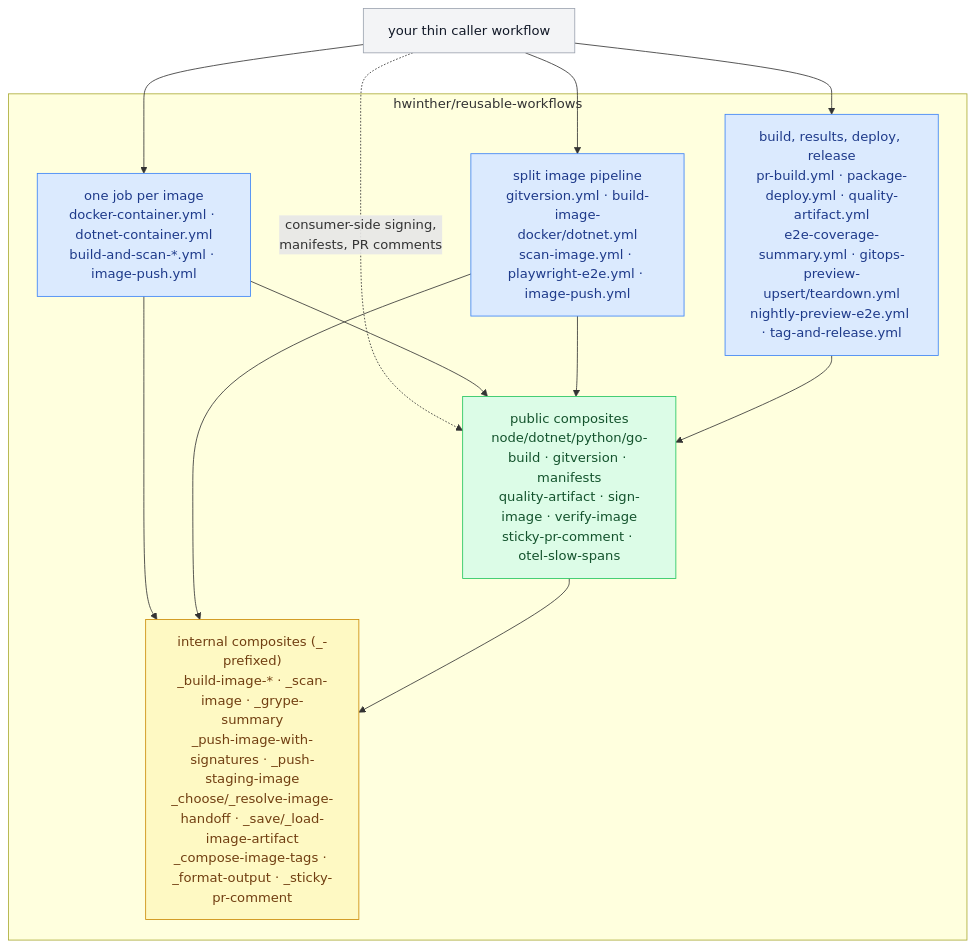
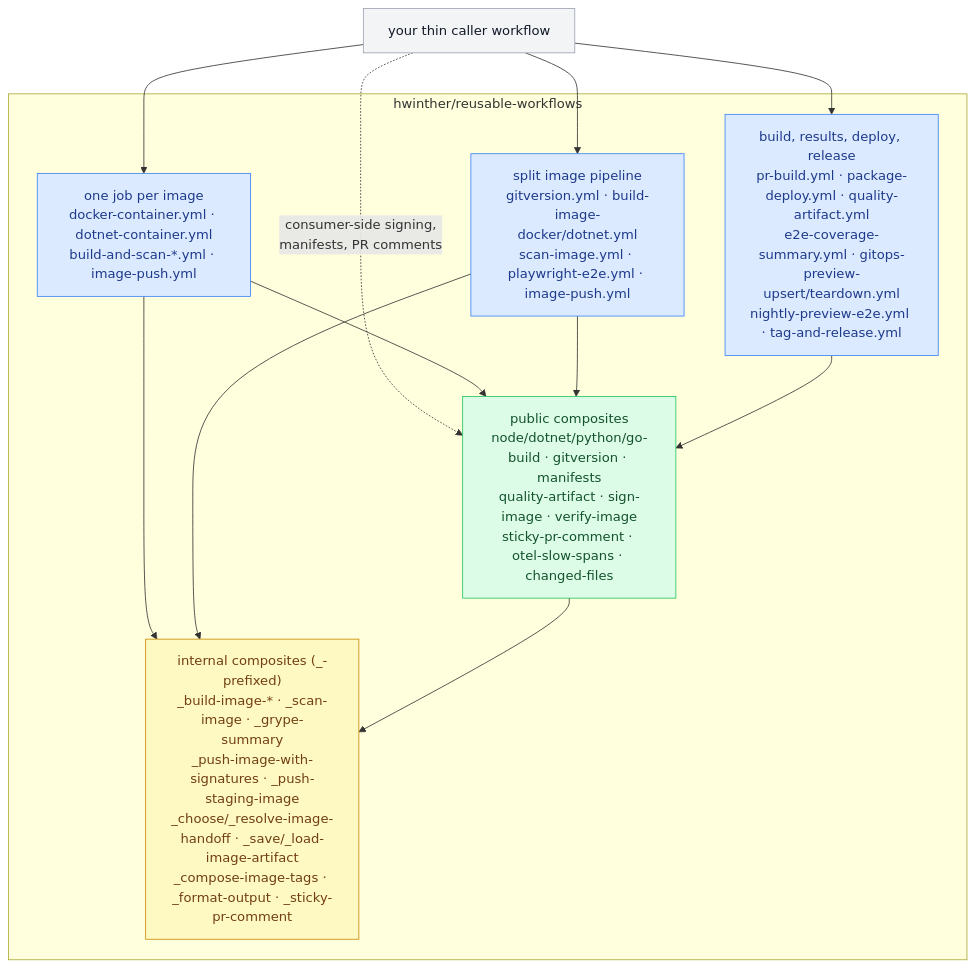
One commit to hwinther/reusable-workflows changed the second of 14 diagrams in docs/consumer-topologies.md. Above: the diagram before and after it, drawn with Mermaid. The commit also changed 2 other files, not shown here.

Commit message:
feat(changed-files): composite action for path-gated jobs in always-run workflows (#258)
A workflow skipped by on.pull_request.paths never reports, so a required
status check from it blocks every PR that doesn't touch those paths. This
action lets the workflow always run and gate its expensive jobs on the
PR's changed files instead (from the PR files API, no checkout).

Claude-Session: https://claude.ai/code/session_01KqRcVHiFm5R9QXF7DUQ1H5

````diff
--- a/docs/consumer-topologies.md
+++ b/docs/consumer-topologies.md
@@ -49,25 +49,25 @@
 ```mermaid
 flowchart TD
   caller["your thin caller workflow"]:::cj
   subgraph lib["hwinther/reusable-workflows"]
     rw1["one job per image<br/>docker-container.yml · dotnet-container.yml<br/>build-and-scan-*.yml · image-push.yml"]:::rw
     rw2["split image pipeline<br/>gitversion.yml · build-image-docker/dotnet.yml<br/>scan-image.yml · playwright-e2e.yml · image-push.yml"]:::rw
     rw3["build, results, deploy, release<br/>pr-build.yml · package-deploy.yml · quality-artifact.yml<br/>e2e-coverage-summary.yml · gitops-preview-upsert/teardown.yml<br/>nightly-preview-e2e.yml · tag-and-release.yml"]:::rw
-    pub["public composites<br/>node/dotnet/python/go-build · gitversion · manifests<br/>quality-artifact · sign-image · verify-image<br/>sticky-pr-comment · otel-slow-spans"]:::ca
+    pub["public composites<br/>node/dotnet/python/go-build · gitversion · manifests<br/>quality-artifact · sign-image · verify-image<br/>sticky-pr-comment · otel-slow-spans · changed-files"]:::ca
     int["internal composites (_-prefixed)<br/>_build-image-* · _scan-image · _grype-summary<br/>_push-image-with-signatures · _push-staging-image<br/>_choose/_resolve-image-handoff · _save/_load-image-artifact<br/>_compose-image-tags · _format-output · _sticky-pr-comment"]:::int
   end
   caller --> rw1
   caller --> rw2
   caller --> rw3
   caller -. "consumer-side signing,<br/>manifests, PR comments" .-> pub
   rw1 --> pub
   rw2 --> pub
   rw3 --> pub
   rw1 --> int
   rw2 --> int
   pub --> int
   classDef cj fill:#f3f4f6,stroke:#9ca3af,color:#111827
   classDef rw fill:#dbeafe,stroke:#3b82f6,color:#1e3a8a
   classDef ca fill:#dcfce7,stroke:#22c55e,color:#14532d
   classDef int fill:#fef9c3,stroke:#ca8a04,color:#713f12
 ```
````
